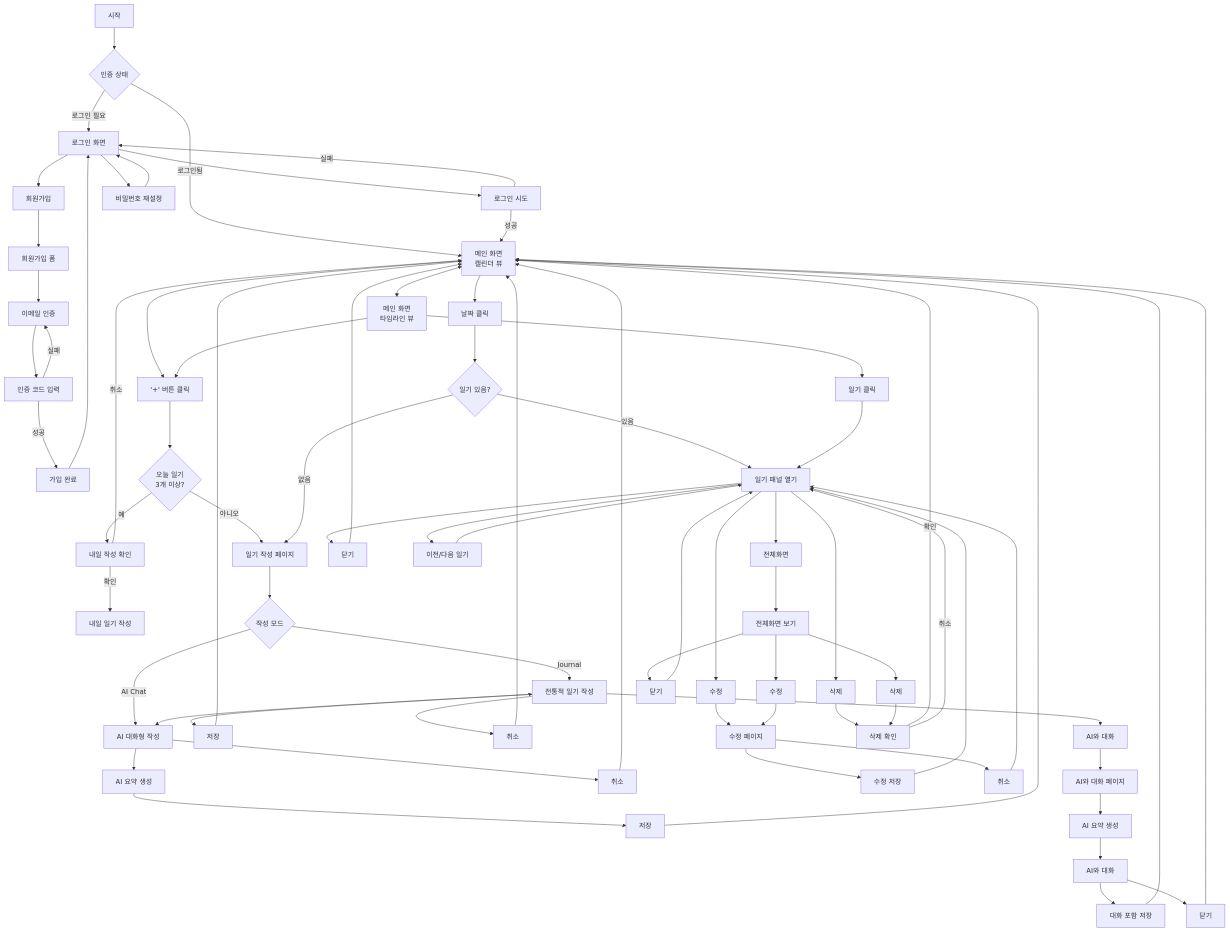
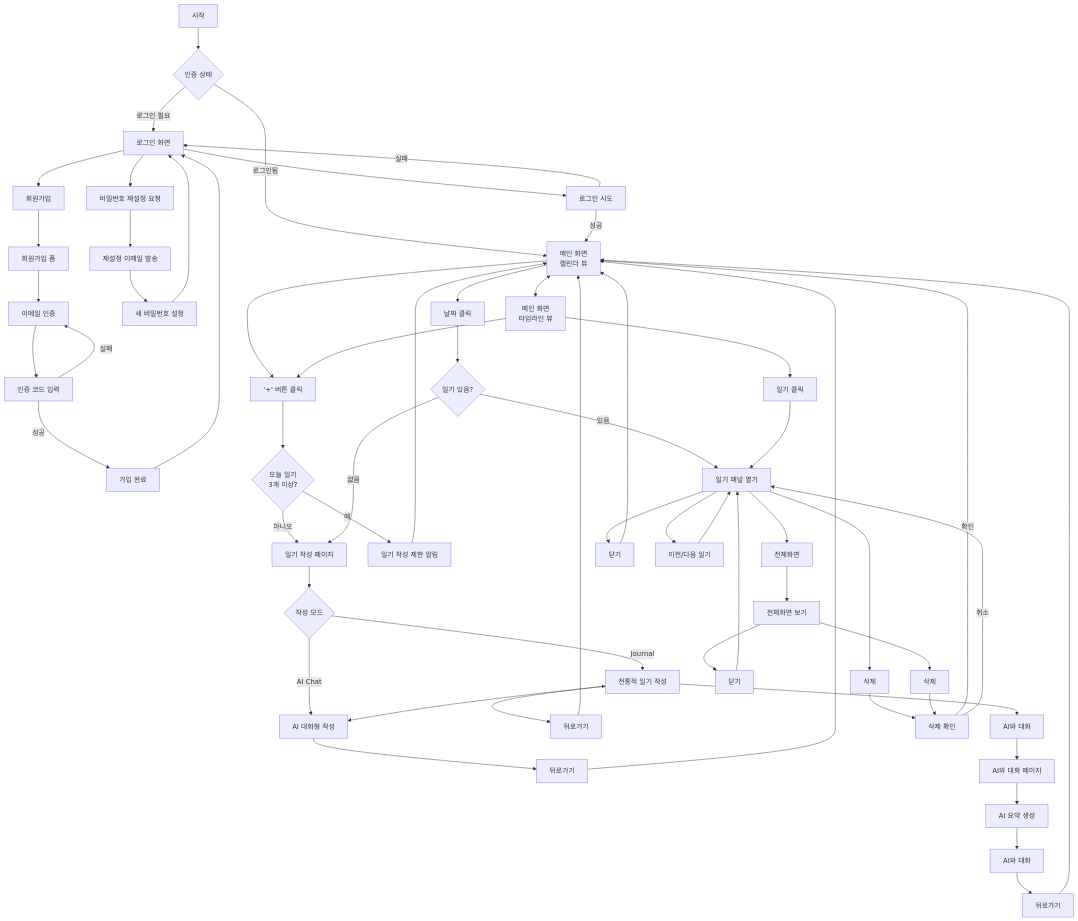
One commit to polarais/haru changed the diagram in document/요건_정의서.md. Above: the diagram before and after it, drawn with Mermaid. The commit also changed other lines of this file, not shown here.

Commit message:
docs: UX 개선 - 자동저장 및 인라인 편집 방식 도입
- 저장 버튼 제거하고 실시간 자동 저장 방식 도입 (노션 방식)
- 수정 버튼 및 수정 페이지 제거하고 인라인 편집 가능하게 변경
- 비밀번호 재설정 플로우에 이메일 인증 단계 추가
- 일기 3개 제한 시 미래 일기 작성 대신 제한 알림으로 변경
- 모든 작성/편집 액션을 뒤로가기 + 자동저장으로 단순화

🤖 Generated with [Claude Code](https://claude.ai/code)

````diff
--- a/document/요건_정의서.md
+++ b/document/요건_정의서.md
@@ -103,8 +105,10 @@
     A --> LOGIN[로그인 시도]
     LOGIN -->|성공| B
     LOGIN -->|실패| A
-    A --> RESET[비밀번호 재설정]
-    RESET --> A
+    A --> RESET[비밀번호 재설정 요청]
+    RESET --> RESETEMAIL[재설정 이메일 발송]
+    RESETEMAIL --> RESETCONFIRM[새 비밀번호 설정]
+    RESETCONFIRM --> A
     
     %% 메인 화면
     B <--> C[메인 화면<br/>타임라인 뷰]
@@ -114,9 +118,8 @@
     C --> P
     P --> Q{오늘 일기<br/>3개 이상?}
     Q -->|아니오| D[일기 작성 페이지]
-    Q -->|예| R[내일 작성 확인]
-    R -->|확인| S[내일 일기 작성]
-    R -->|취소| B
+    Q -->|예| R[일기 작성 제한 알림]
+    R --> B
     
     %% 캘린더 날짜 클릭
     B --> I[날짜 클릭]
@@ -135,40 +138,27 @@
     DJ <--> DC
     
     %% 일기 작성 액션
-    DJ --> G1[저장]
-    DJ --> U1[취소]
+    DJ --> U1[뒤로가기]
     DJ --> RF1[AI와 대화]
-    DC --> AI1[AI 요약 생성]
-    DC --> U2[취소]
-    AI1 --> G2[저장]
-    G1 --> B
-    G2 --> B
+    DC --> U2[뒤로가기]
     U1 --> B
     U2 --> B
     
-    %% 일기 패널 액션
-    E --> W[수정]
+    %% 일기 패널 액션 (인라인 편집 가능)
     E --> X[삭제]
     E --> EX[전체화면]
     E --> Y[닫기]
     E --> NV[이전/다음 일기]
     NV --> E
-    W --> Z[수정 페이지]
     X --> DEL[삭제 확인]
     DEL -->|확인| B
     DEL -->|취소| E
-    Z --> AA[수정 저장]
-    Z --> CAN[취소]
-    AA --> E
-    CAN --> E
     Y --> B
     
-    %% 전체화면 액션
+    %% 전체화면 액션 (인라인 편집 가능)
     EX --> FV[전체화면 보기]
-    FV --> FW[수정]
     FV --> FX[삭제]
     FV --> FC[닫기]
-    FW --> Z
     FX --> DEL
     FC --> E
     
@@ -176,8 +166,6 @@
     RF1 --> AR[AI와 대화 페이지]
     AR --> ARS[AI 요약 생성]
     ARS --> ARC[AI와 대화]
-    ARC --> ARSave[대화 포함 저장]
-    ARC --> ARClose[닫기]
-    ARSave --> B
+    ARC --> ARClose[뒤로가기]
     ARClose --> B
 ```
````
